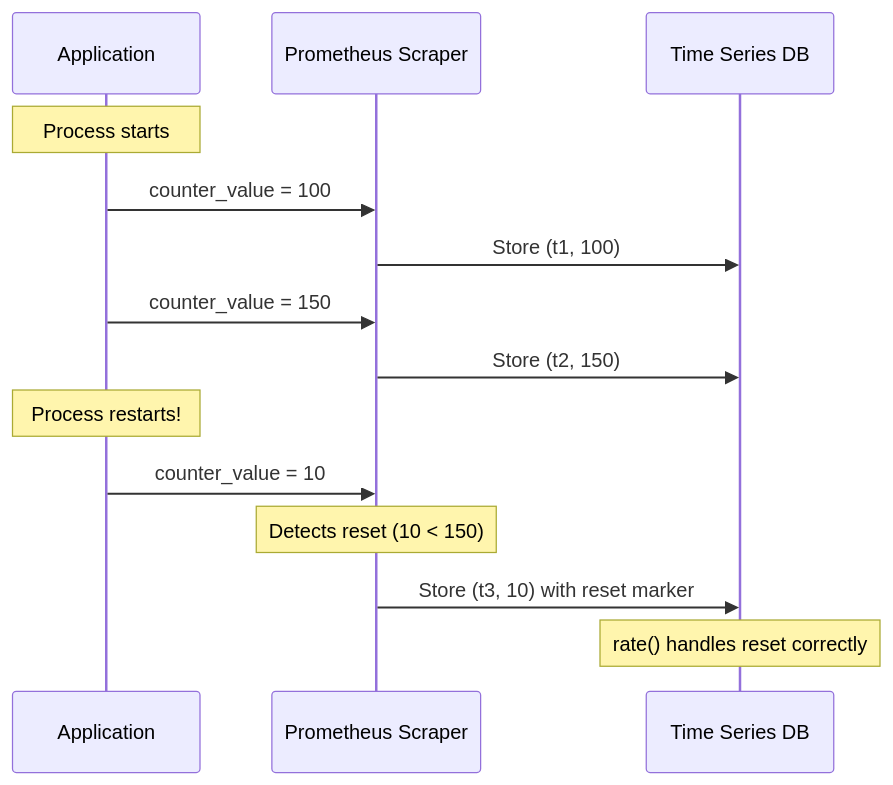
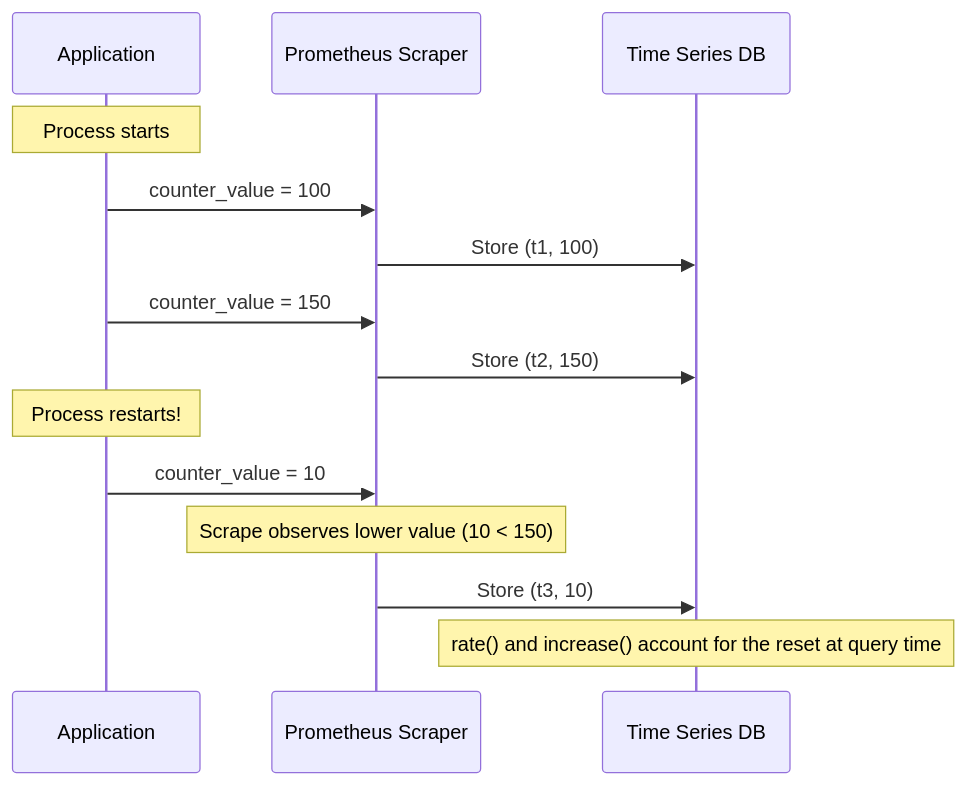
One commit to OneUptime/blog changed the second of 5 diagrams in posts/2026-01-30-count-metrics/README.md. Above: the diagram before and after it, drawn with Mermaid. The commit also changed other lines of this file and 2 other files, not shown here.

````diff
--- a/posts/2026-01-30-count-metrics/README.md
+++ b/posts/2026-01-30-count-metrics/README.md
@@ -225,20 +238,20 @@
 ```mermaid
 sequenceDiagram
     participant App as Application
     participant Scraper as Prometheus Scraper
     participant TSDB as Time Series DB
 
     Note over App: Process starts
     App->>Scraper: counter_value = 100
     Scraper->>TSDB: Store (t1, 100)
 
     App->>Scraper: counter_value = 150
     Scraper->>TSDB: Store (t2, 150)
 
     Note over App: Process restarts!
     App->>Scraper: counter_value = 10
-    Note over Scraper: Detects reset (10 < 150)
-    Scraper->>TSDB: Store (t3, 10) with reset marker
+    Note over Scraper: Scrape observes lower value (10 < 150)
+    Scraper->>TSDB: Store (t3, 10)
 
-    Note over TSDB: rate() handles reset correctly
+    Note over TSDB: rate() and increase() account for the reset at query time
 ```
````
